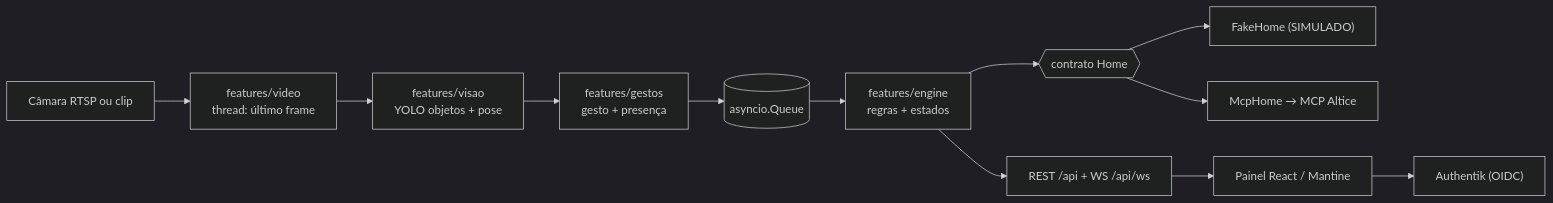
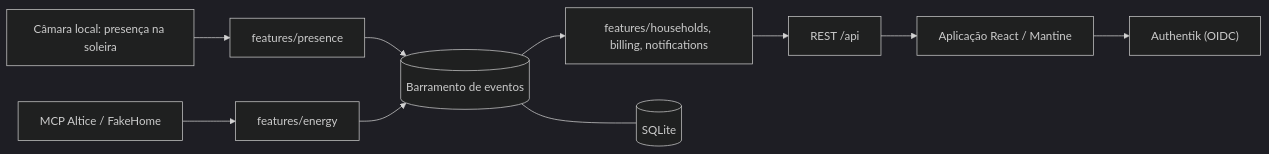
One commit to souofrancisco/homemind changed the first of 2 diagrams in docs/architecture/overview.md. Above: the diagram before and after it, drawn with Mermaid (dark theme). The commit also changed other lines of this file and 67 other files, not shown here.

````diff
--- a/docs/architecture/overview.md
+++ b/docs/architecture/overview.md
@@ -15,14 +17,12 @@
 ```mermaid
 flowchart LR
-  CAM["Câmara RTSP ou clip"] --> VID["features/video<br/>thread: último frame"]
-  VID --> VIS["features/visao<br/>YOLO objetos + pose"]
-  VIS --> GES["features/gestos<br/>gesto + presença"]
-  GES --> Q[("asyncio.Queue")]
-  Q --> ENG["features/engine<br/>regras + estados"]
-  ENG --> HOME{{"contrato Home"}}
-  HOME --> FAKE["FakeHome (SIMULADO)"]
-  HOME --> MCP["McpHome → MCP Altice"]
-  ENG --> API["REST /api + WS /api/ws"]
-  API --> UI["Painel React / Mantine"]
+  CAM["Câmara local: presença na soleira"] --> PRE["features/presence"]
+  PRE --> BUS[("Barramento de eventos")]
+  MCP["MCP Altice / FakeHome"] --> ENE["features/energy"]
+  ENE --> BUS
+  BUS --> HH["features/households, billing, notifications"]
+  BUS --- DB[("SQLite")]
+  HH --> API["REST /api"]
+  API --> UI["Aplicação React / Mantine"]
   UI --> AK["Authentik (OIDC)"]
 ```
````
